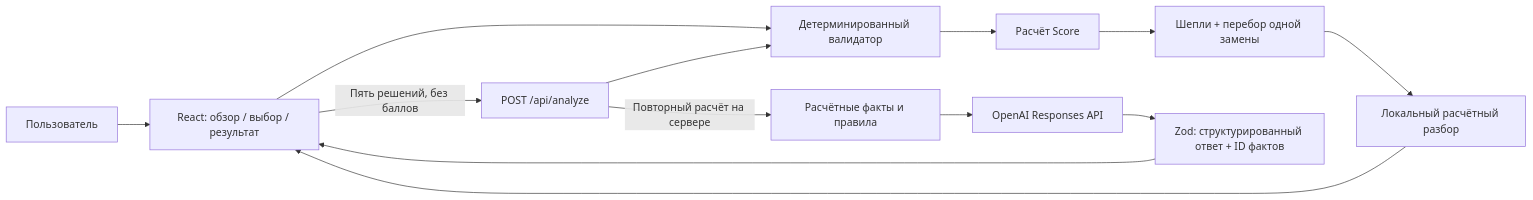
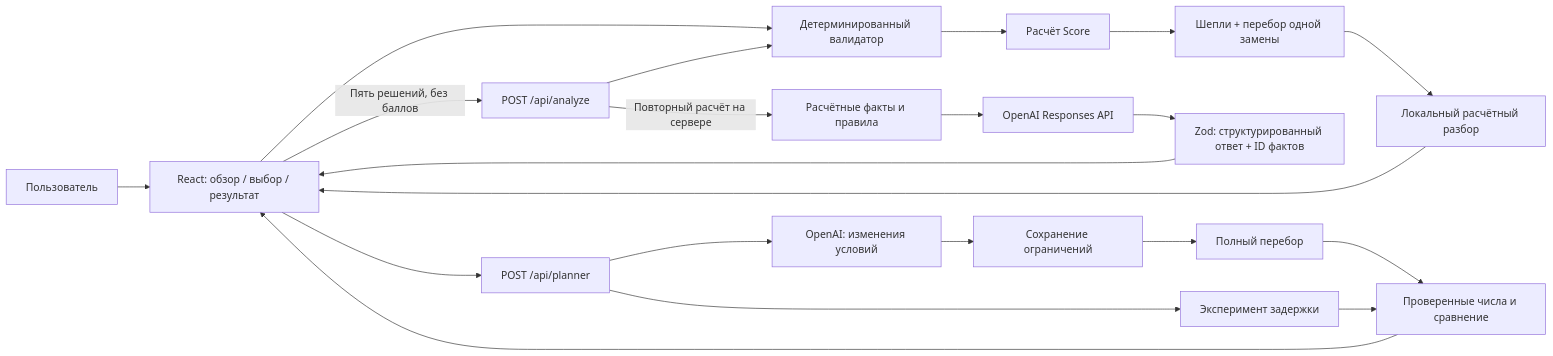
The diagram in docs/ARCHITECTURE.md (BAITC-Hacks/hack-46aa131a-chrollo), drawn with Mermaid before and after one commit. The commit also changed other lines of this file and 30 other files, not shown here.

````diff
--- a/docs/ARCHITECTURE.md
+++ b/docs/ARCHITECTURE.md
@@ -3,15 +3,23 @@
 ```mermaid
 flowchart LR
   User[Пользователь] --> UI[React: обзор / выбор / результат]
   UI --> Rules[Детерминированный валидатор]
   Rules --> Engine[Расчёт Score]
   Engine --> Explain[Шепли + перебор одной замены]
   Explain --> Local[Локальный расчётный разбор]
   UI -->|Пять решений, без баллов| API[POST /api/analyze]
   API --> Rules
   API -->|Повторный расчёт на сервере| Facts[Расчётные факты и правила]
   Facts --> OpenAI[OpenAI Responses API]
   OpenAI --> Schema[Zod: структурированный ответ + ID фактов]
   Schema --> UI
   Local --> UI
+  UI --> Chat[POST /api/planner]
+  Chat --> Intent[OpenAI: изменения условий]
+  Intent --> Conditions[Сохранение ограничений]
+  Conditions --> Search[Полный перебор]
+  Search --> Checked[Проверенные числа и сравнение]
+  Checked --> UI
+  Chat --> Delay[Эксперимент задержки]
+  Delay --> Checked
 ```
````
